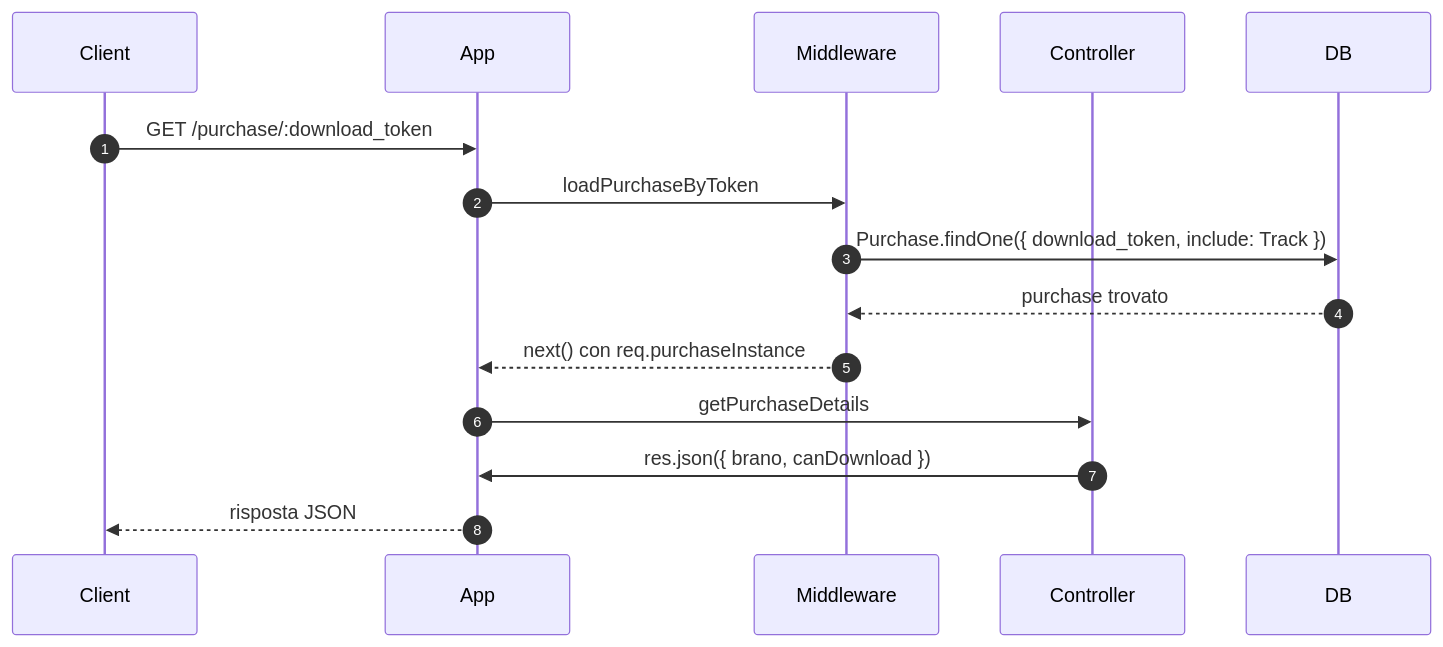
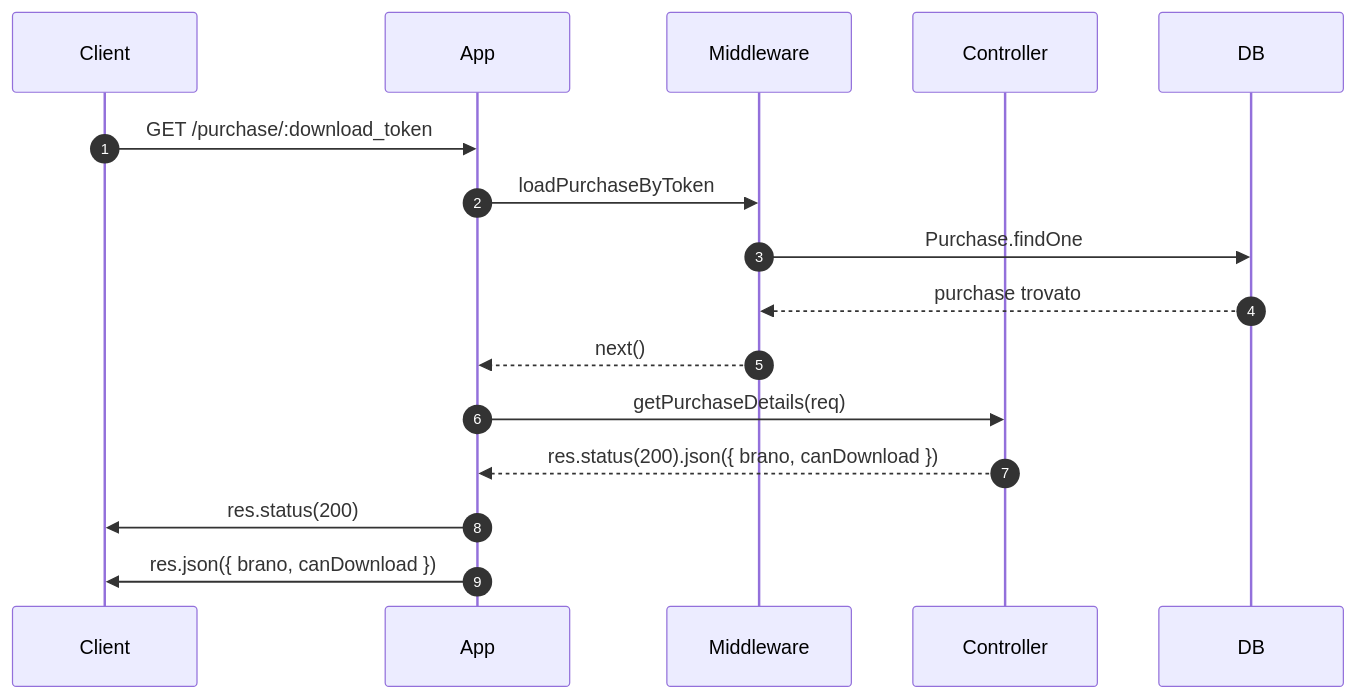
One commit to Daniel-Diocis/VoidTracksWeb changed the ninth of 18 diagrams in README.md. Above: the diagram before and after it, drawn with Mermaid. The commit also changed other lines of this file, not shown here.

````diff
--- a/README.md
+++ b/README.md
@@ -902,18 +912,22 @@
 ```mermaid
 sequenceDiagram
   autonumber
   participant Client
   participant App
   participant Middleware
   participant Controller
   participant DB
 
   Client->>App: GET /purchase/:download_token
+
   App->>Middleware: loadPurchaseByToken
-  Middleware->>DB: Purchase.findOne({ download_token, include: Track })
+  Middleware->>DB: Purchase.findOne
   DB-->>Middleware: purchase trovato
-  Middleware-->>App: next() con req.purchaseInstance
-  App->>Controller: getPurchaseDetails
-  Controller->>App: res.json({ brano, canDownload })
-  App-->>Client: risposta JSON
+  Middleware-->>App: next()
+
+  App->>Controller: getPurchaseDetails(req)
+  Controller-->>App: res.status(200).json({ brano, canDownload })
+
+  App->>Client: res.status(200)
+  App->>Client: res.json({ brano, canDownload })
 ```
````
